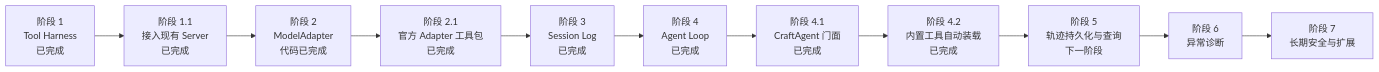
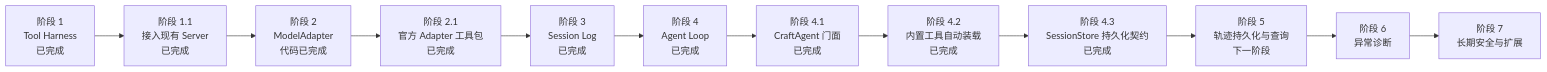
The diagram in docs/product/roadmap.md (AlbertE1990/crafteHarness), drawn with Mermaid before and after one commit. The commit also changed other lines of this file and 16 other files, not shown here.

Commit message:
完善 SessionStore 持久化契约

````diff
--- a/docs/product/roadmap.md
+++ b/docs/product/roadmap.md
@@ -16,13 +16,14 @@
 ```mermaid
 flowchart LR
   P1[阶段 1<br/>Tool Harness<br/>已完成] --> P11[阶段 1.1<br/>接入现有 Server<br/>已完成]
   P11 --> P2[阶段 2<br/>ModelAdapter<br/>代码已完成]
   P2 --> P21[阶段 2.1<br/>官方 Adapter 工具包<br/>已完成]
   P21 --> P3[阶段 3<br/>Session Log<br/>已完成]
   P3 --> P4[阶段 4<br/>Agent Loop<br/>已完成]
   P4 --> P41[阶段 4.1<br/>CraftAgent 门面<br/>已完成]
   P41 --> P42[阶段 4.2<br/>内置工具自动装载<br/>已完成]
-  P42 --> P5[阶段 5<br/>轨迹持久化与查询<br/>下一阶段]
+  P42 --> P43[阶段 4.3<br/>SessionStore 持久化契约<br/>已完成]
+  P43 --> P5[阶段 5<br/>轨迹持久化与查询<br/>下一阶段]
   P5 --> P6[阶段 6<br/>异常诊断]
   P6 --> P7[阶段 7<br/>长期安全与扩展]
 ```
````
